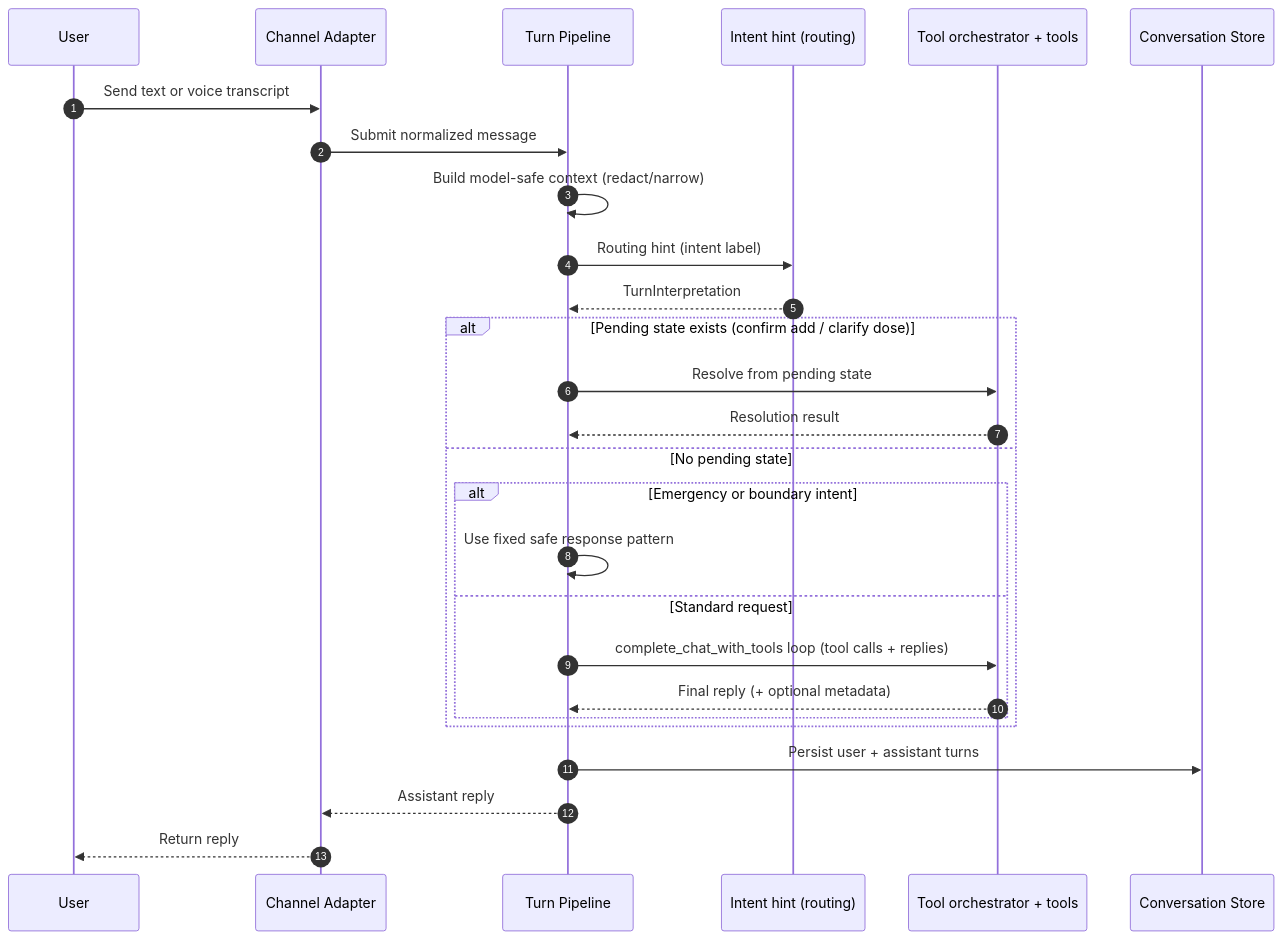
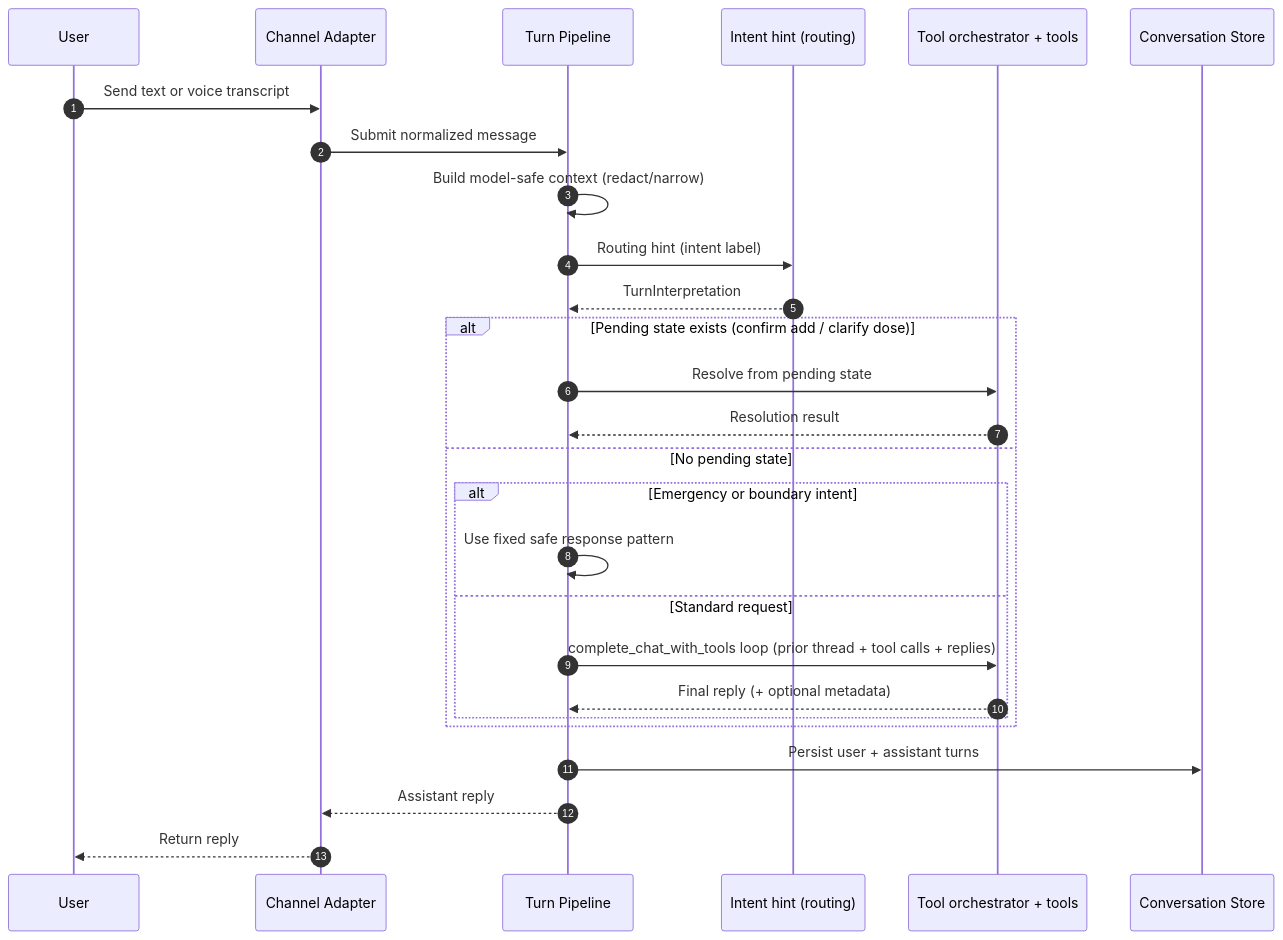
The third of 8 diagrams in docs/tdd.md (israkir/medbuddy), drawn with Mermaid before and after one commit. The commit also changed other lines of this file and 33 other files, not shown here.

````diff
--- a/docs/tdd.md
+++ b/docs/tdd.md
@@ -112,32 +112,32 @@
 ```mermaid
 sequenceDiagram
   autonumber
   participant U as User
   participant CH as Channel Adapter
   participant PL as Turn Pipeline
   participant CL as Intent hint (routing)
   participant AG as Tool orchestrator + tools
   participant ST as Conversation Store
 
   U->>CH: Send text or voice transcript
   CH->>PL: Submit normalized message
   PL->>PL: Build model-safe context (redact/narrow)
   PL->>CL: Routing hint (intent label)
   CL-->>PL: TurnInterpretation
 
   alt Pending state exists (confirm add / clarify dose)
     PL->>AG: Resolve from pending state
     AG-->>PL: Resolution result
   else No pending state
     alt Emergency or boundary intent
       PL->>PL: Use fixed safe response pattern
     else Standard request
-      PL->>AG: complete_chat_with_tools loop (tool calls + replies)
+      PL->>AG: complete_chat_with_tools loop (prior thread + tool calls + replies)
       AG-->>PL: Final reply (+ optional metadata)
     end
   end
 
   PL->>ST: Persist user + assistant turns
   PL-->>CH: Assistant reply
   CH-->>U: Return reply
 ```
````
